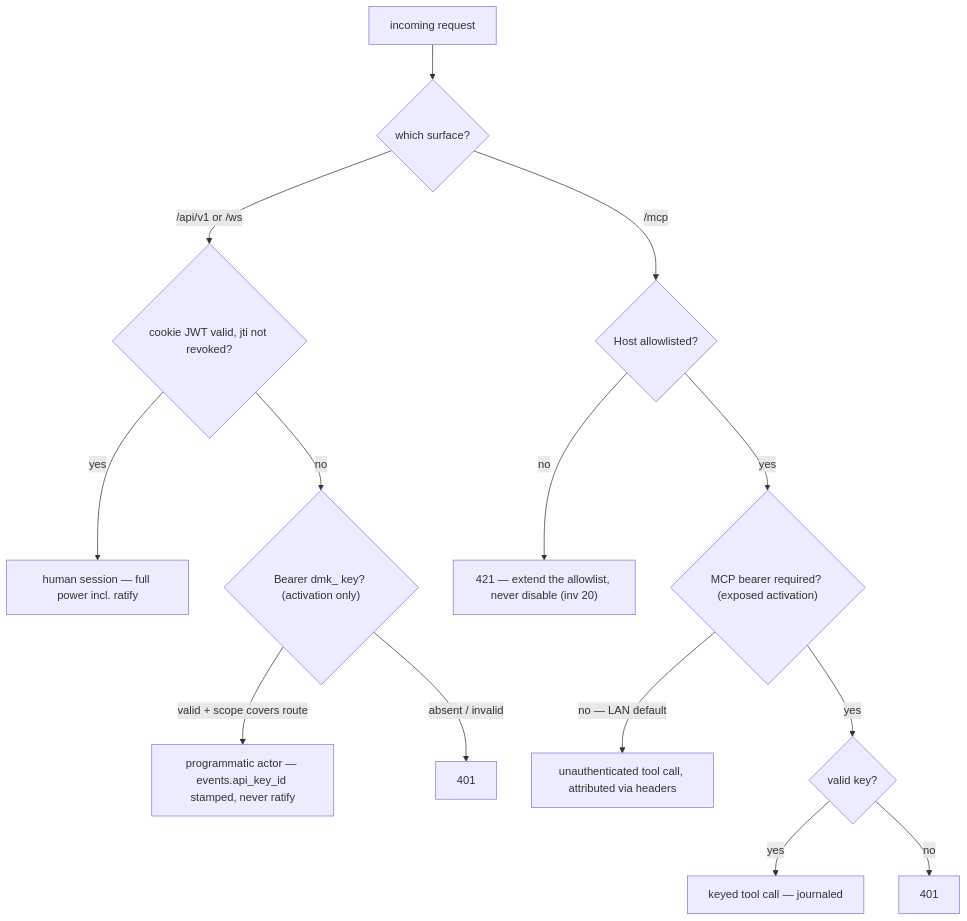
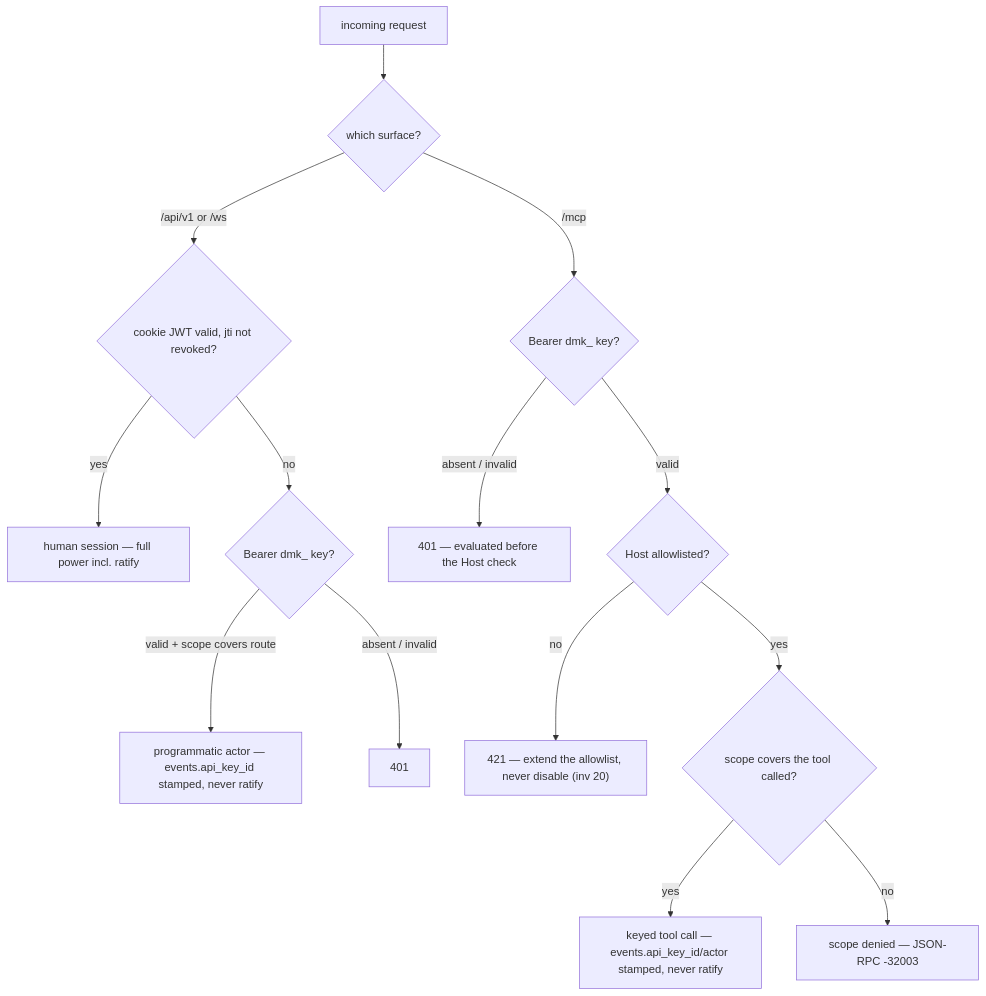
One commit to darkraise/darkmem changed the fourth of 6 diagrams in docs/design/18-security-auth-and-trust.md. Above: the diagram before and after it, drawn with Mermaid. The commit also changed other lines of this file and 7 other files, not shown here.

First line of the commit message:
docs(mcp): record that the door now requires a key

````diff
--- a/docs/design/18-security-auth-and-trust.md
+++ b/docs/design/18-security-auth-and-trust.md
@@ -142,16 +142,16 @@
 ```mermaid
 flowchart TD
     REQ["incoming request"] --> D1{"which surface?"}
     D1 -->|"/api/v1 or /ws"| C1{"cookie JWT valid, jti not revoked?"}
     C1 -->|yes| OK1["human session — full power incl. ratify"]
-    C1 -->|no| B1{"Bearer dmk_ key? (activation only)"}
+    C1 -->|no| B1{"Bearer dmk_ key?"}
     B1 -->|"valid + scope covers route"| OK2["programmatic actor — events.api_key_id stamped, never ratify"]
     B1 -->|"absent / invalid"| D401["401"]
-    D1 -->|"/mcp"| H1{"Host allowlisted?"}
+    D1 -->|"/mcp"| M1{"Bearer dmk_ key?"}
+    M1 -->|"absent / invalid"| M401["401 — evaluated before the Host check"]
+    M1 -->|valid| H1{"Host allowlisted?"}
     H1 -->|no| R421["421 — extend the allowlist, never disable (inv 20)"]
-    H1 -->|yes| M1{"MCP bearer required? (exposed activation)"}
-    M1 -->|"no — LAN default"| OKM["unauthenticated tool call, attributed via headers"]
-    M1 -->|yes| M2{"valid key?"}
-    M2 -->|yes| OKM2["keyed tool call — journaled"]
-    M2 -->|no| M401["401"]
+    H1 -->|yes| S1{"scope covers the tool called?"}
+    S1 -->|yes| OKM2["keyed tool call — events.api_key_id/actor stamped, never ratify"]
+    S1 -->|no| SDENY["scope denied — JSON-RPC -32003"]
 ```
````
